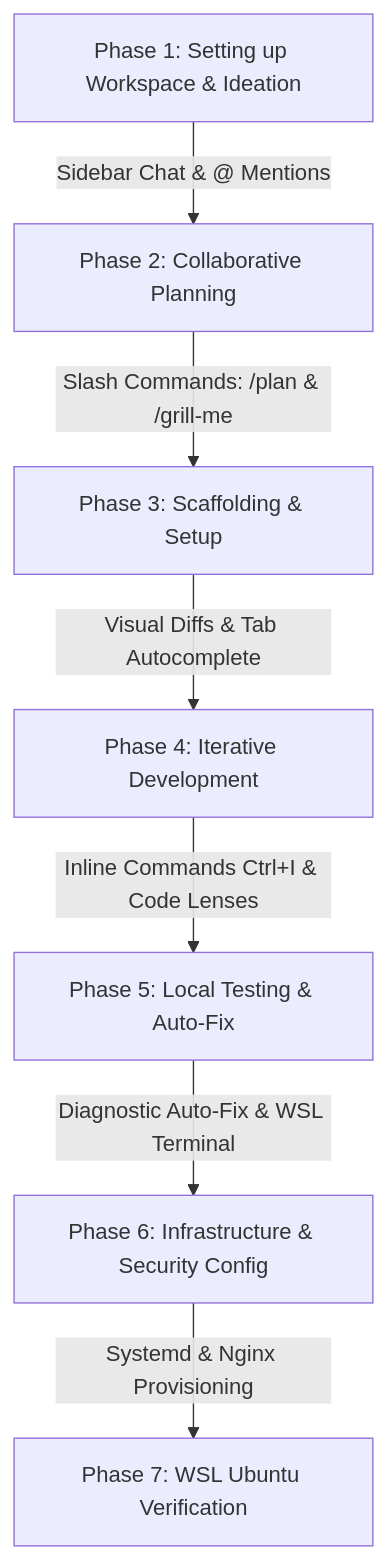
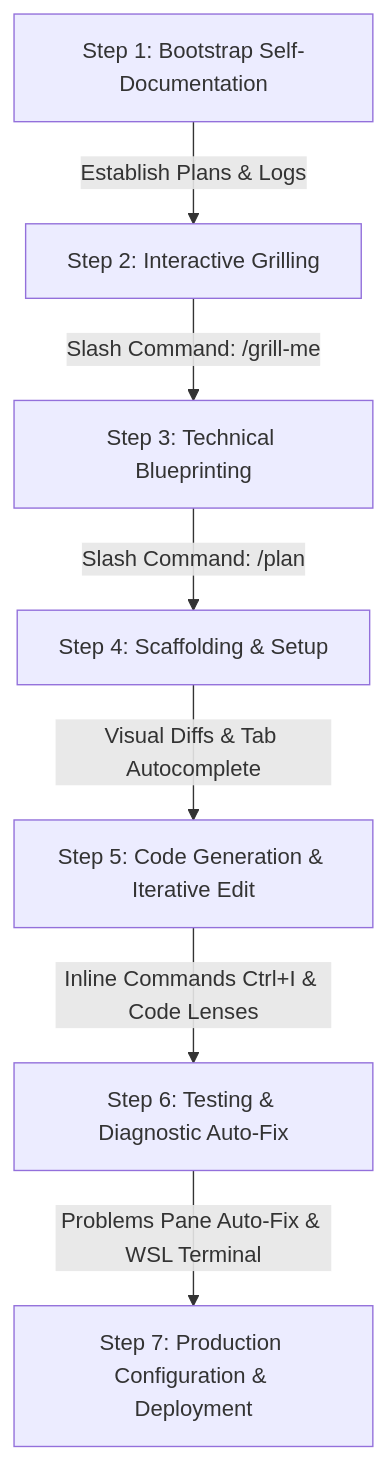
Before and after one commit to Richie086/scripts-public: the diagram in projects/terminus/build-from-scratch/dev_workflow_guide.md, drawn with Mermaid. The commit also changed other lines of this file, not shown here.

Commit message:
docs(terminus): Emphasize /plan, /grill-me, and AI self-documentation in dev guide

````diff
--- a/projects/terminus/build-from-scratch/dev_workflow_guide.md
+++ b/projects/terminus/build-from-scratch/dev_workflow_guide.md
@@ -8,9 +9,9 @@
 ```mermaid
 graph TD
-    A[Phase 1: Setting up Workspace & Ideation] -->|Sidebar Chat & @ Mentions| B[Phase 2: Collaborative Planning]
-    B -->|Slash Commands: /plan & /grill-me| C[Phase 3: Scaffolding & Setup]
-    C -->|Visual Diffs & Tab Autocomplete| D[Phase 4: Iterative Development]
-    D -->|Inline Commands Ctrl+I & Code Lenses| E[Phase 5: Local Testing & Auto-Fix]
-    E -->|Diagnostic Auto-Fix & WSL Terminal| F[Phase 6: Infrastructure & Security Config]
-    F -->|Systemd & Nginx Provisioning| G[Phase 7: WSL Ubuntu Verification]
+    A[Step 1: Bootstrap Self-Documentation] -->|Establish Plans & Logs| B[Step 2: Interactive Grilling]
+    B -->|Slash Command: /grill-me| C[Step 3: Technical Blueprinting]
+    C -->|Slash Command: /plan| D[Step 4: Scaffolding & Setup]
+    D -->|Visual Diffs & Tab Autocomplete| E[Step 5: Code Generation & Iterative Edit]
+    E -->|Inline Commands Ctrl+I & Code Lenses| F[Step 6: Testing & Diagnostic Auto-Fix]
+    F -->|Problems Pane Auto-Fix & WSL Terminal| G[Step 7: Production Configuration & Deployment]
 ```
````
